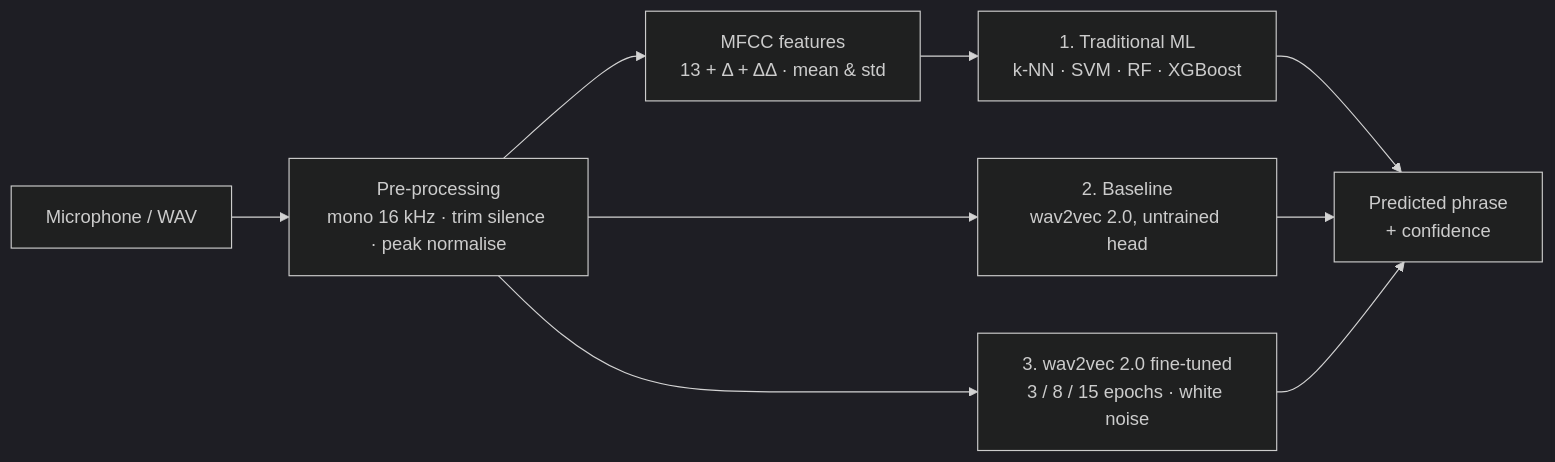
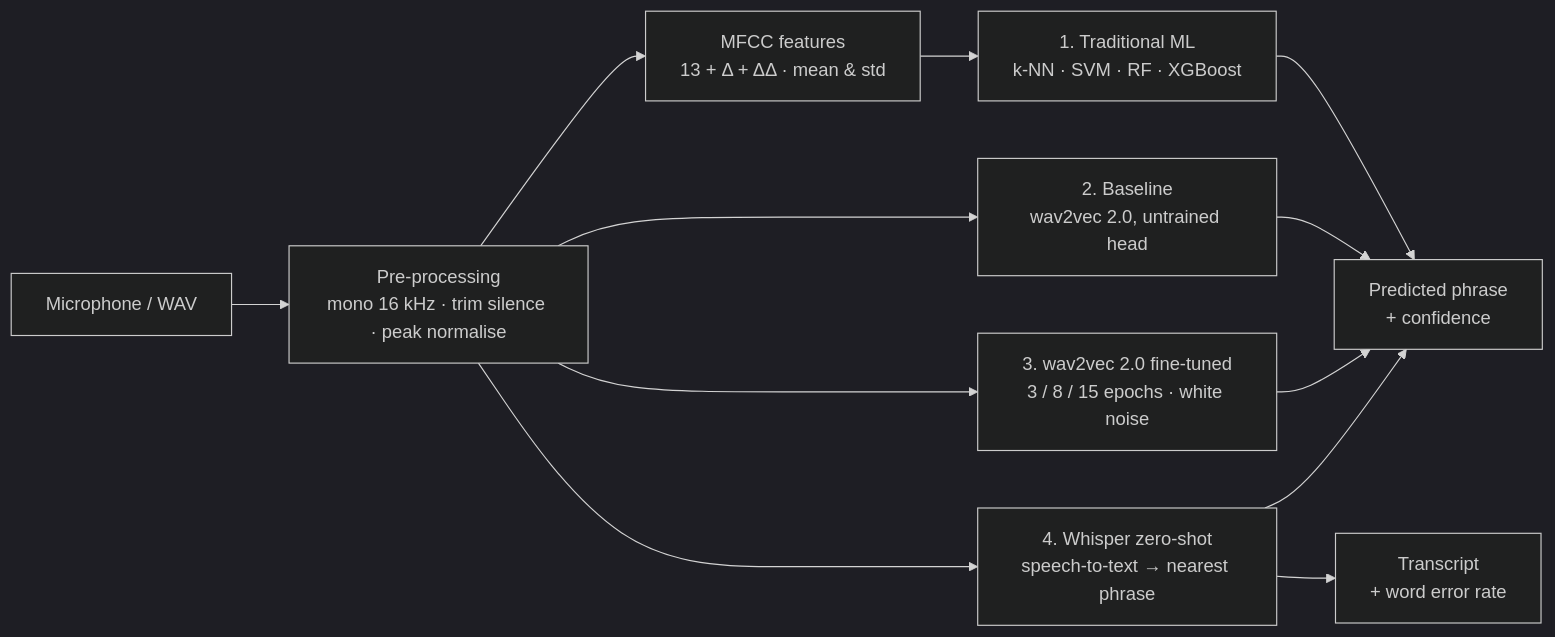
The diagram in docs/PROJECT_PLAN.md (minhaz-42/Voices-Speech-Recognition-445), drawn with Mermaid (dark theme) before and after one commit. The commit also changed other lines of this file and 3 other files, not shown here.

Commit message:
T00: add the zero-shot Whisper pipeline (M1) with hypothesis H5

````diff
--- a/docs/PROJECT_PLAN.md
+++ b/docs/PROJECT_PLAN.md
@@ -108,11 +111,14 @@
 ```mermaid
 flowchart LR
     A[Microphone / WAV] --> B[Pre-processing<br/>mono 16 kHz · trim silence · peak normalise]
     B --> M[MFCC features<br/>13 + Δ + ΔΔ · mean & std]
     M --> T[1. Traditional ML<br/>k-NN · SVM · RF · XGBoost]
     B --> U[2. Baseline<br/>wav2vec 2.0, untrained head]
     B --> W[3. wav2vec 2.0 fine-tuned<br/>3 / 8 / 15 epochs · white noise]
+    B --> X[4. Whisper zero-shot<br/>speech-to-text → nearest phrase]
     T --> P[Predicted phrase<br/>+ confidence]
     U --> P
     W --> P
+    X --> P
+    X --> Q[Transcript<br/>+ word error rate]
 ```
````
